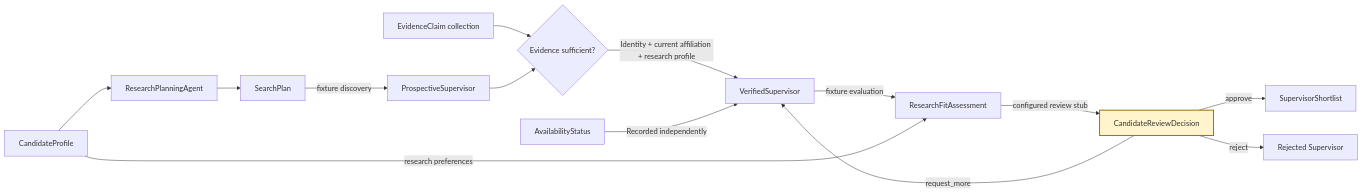
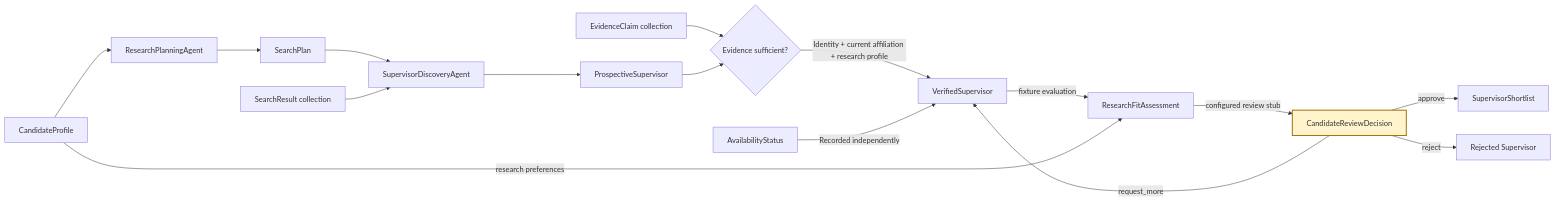
Before and after one commit to shanly-rajan/ai-builder: the ninth of 13 diagrams in projects/scholar-path/docs/architecture.md, drawn with Mermaid. The commit also changed other lines of this file and 34 other files, not shown here.

````diff
--- a/projects/scholar-path/docs/architecture.md
+++ b/projects/scholar-path/docs/architecture.md
@@ -214,19 +273,21 @@
 ```mermaid
 flowchart LR
     CP[CandidateProfile] --> RP[ResearchPlanningAgent]
     RP --> SP[SearchPlan]
-    SP -->|fixture discovery| PS[ProspectiveSupervisor]
+    SP --> SD[SupervisorDiscoveryAgent]
+    SR[SearchResult collection] --> SD
+    SD --> PS[ProspectiveSupervisor]
     EC[EvidenceClaim collection] --> VERIFY{Evidence sufficient?}
     PS --> VERIFY
     VERIFY -->|Identity + current affiliation + research profile| VS[VerifiedSupervisor]
     AS[AvailabilityStatus] -->|Recorded independently| VS
     VS -->|fixture evaluation| RF[ResearchFitAssessment]
     CP -->|research preferences| RF
     RF -->|configured review stub| CR[CandidateReviewDecision]
     CR -->|approve| SS[SupervisorShortlist]
     CR -->|reject| RS[Rejected Supervisor]
     CR -->|request_more| VS
 
     classDef human fill:#fff4cc,stroke:#9a6b00,stroke-width:2px;
     class CR human;
 ```
````
